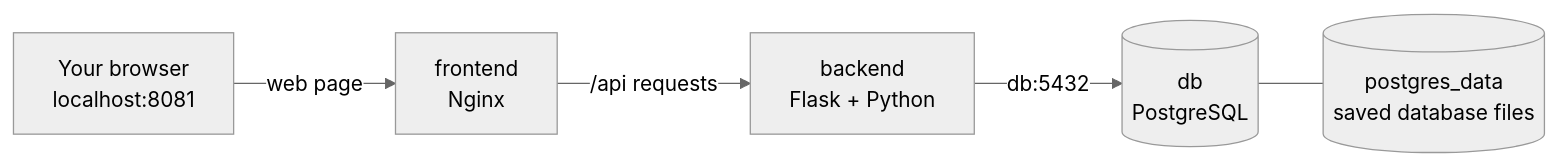
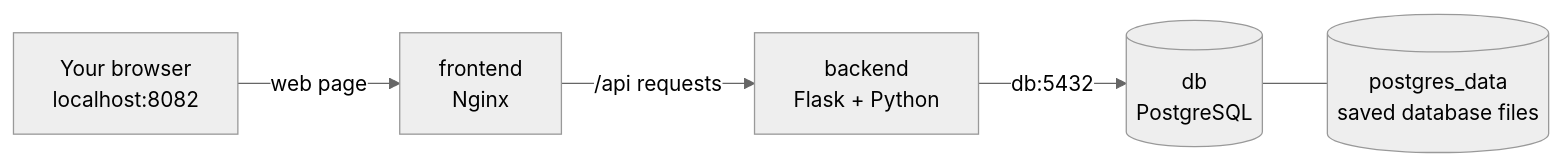
One commit to Abdelrahmandaghash/Saleor-Sea-of-Legends changed the diagram in README.md. Above: the diagram before and after it, drawn with Mermaid (neutral theme). The commit also changed other lines of this file and 6 other files, not shown here.

````diff
--- a/README.md
+++ b/README.md
@@ -74,7 +81,7 @@
 ```mermaid
 flowchart LR
-  Browser[Your browser<br/>localhost:8081] -->|web page| Web[frontend<br/>Nginx]
+  Browser[Your browser<br/>localhost:8082] -->|web page| Web[frontend<br/>Nginx]
   Web -->|/api requests| API[backend<br/>Flask + Python]
   API -->|db:5432| DB[(db<br/>PostgreSQL)]
   DB --- Data[(postgres_data<br/>saved database files)]
 ```
````
